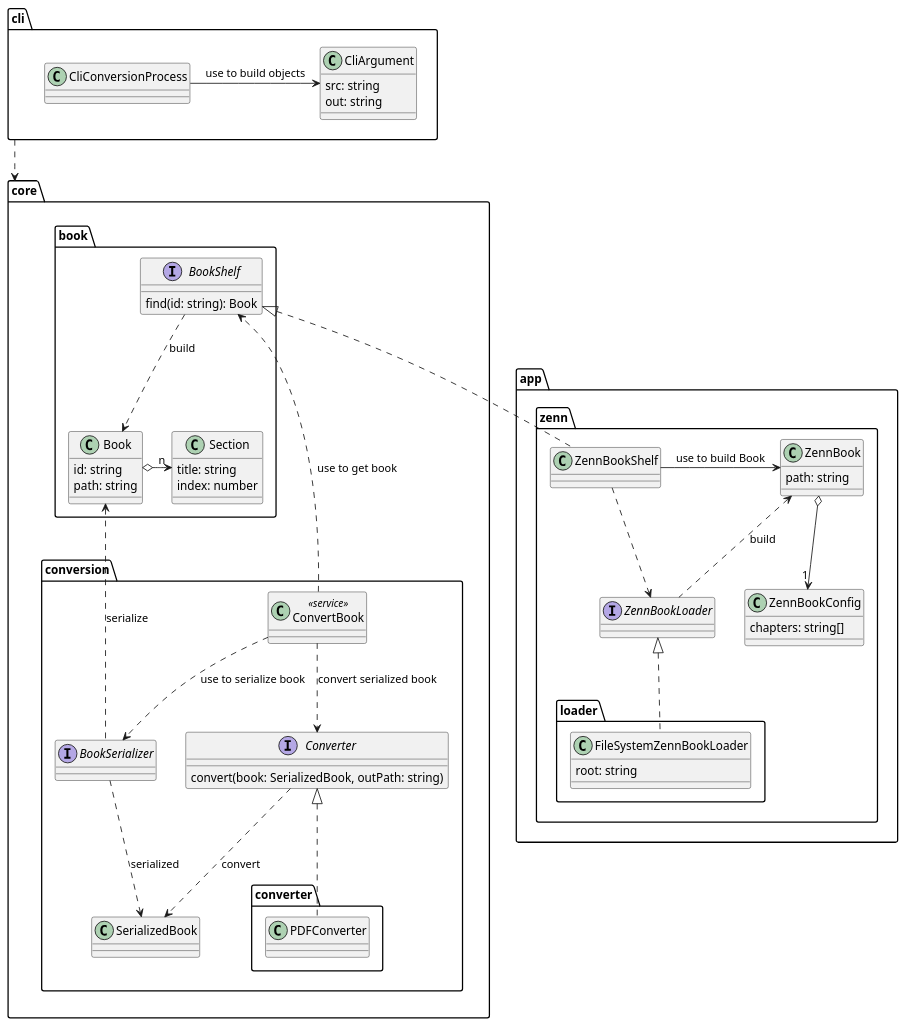
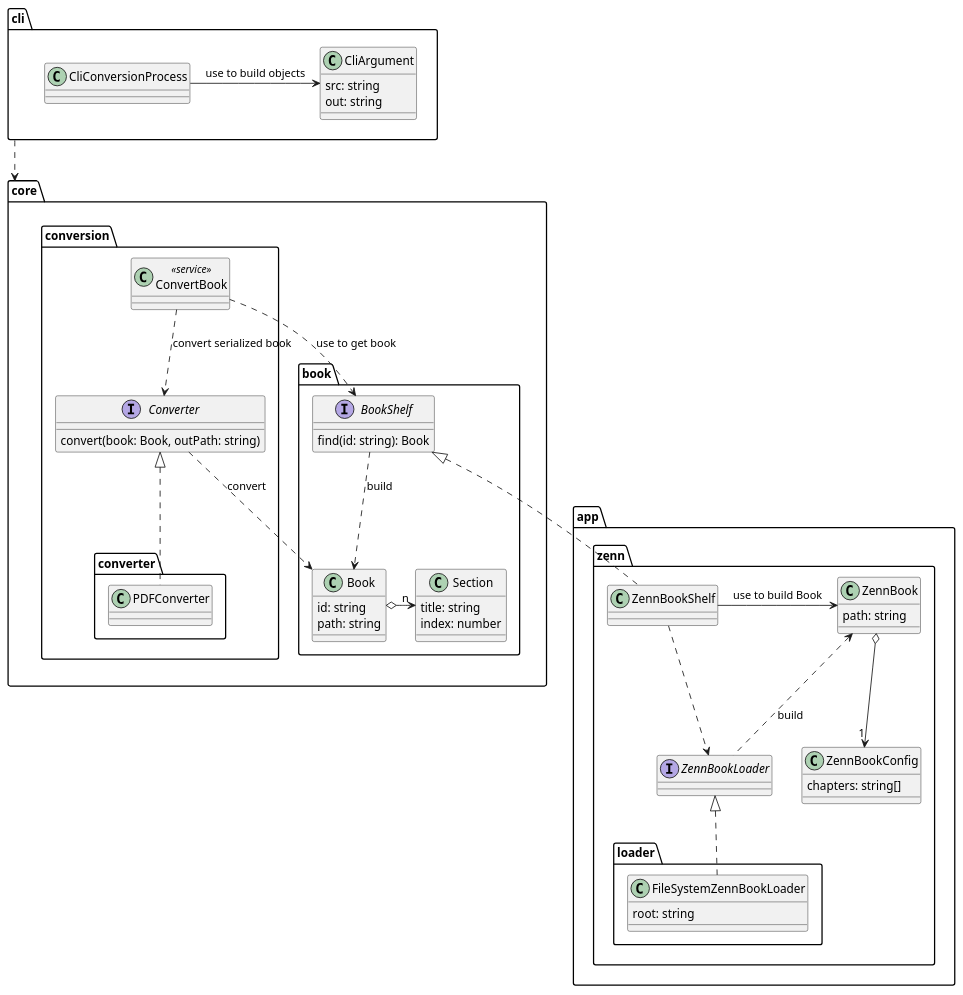
The diagram in scripts/books/book-to-pdf/docs/model.puml (tooppoo/zenn-docs), drawn with PlantUML before and after one commit. The commit also changed 4 other files, not shown here.

```diff
--- a/scripts/books/book-to-pdf/docs/model.puml
+++ b/scripts/books/book-to-pdf/docs/model.puml
@@ -1,83 +1,76 @@
 @startuml model to build pdf from markdown
 package core {
   package book {
     class Book {
       id: string
       path: string
     }
     class Section {
       title: string
       index: number
     }
 
     Book o-r-> "n" Section
 
     interface BookShelf {
       find(id: string): Book
     }
     BookShelf ..> Book : build
   }
 
   package conversion {
-    class SerializedBook
-    interface BookSerializer
-    BookSerializer .u..> Book : serialize
-    BookSerializer ..> SerializedBook : serialized
-
     interface Converter {
-      convert(book: SerializedBook, outPath: string)
+      convert(book: Book, outPath: string)
     }
-    Converter ..> SerializedBook : convert
-    Converter .l[hidden].> BookSerializer
+    Converter ..> Book : convert
 
     class ConvertBook << service >>
-    ConvertBook ..> BookSerializer : use to serialize book
     ConvertBook ..> Converter : convert serialized book
     ConvertBook ..> BookShelf : use to get book
 
     package converter {
       class PDFConverter
       PDFConverter .u.|> Converter
     }
   }
 }
 
 package app {
   package zenn {
     class ZennBookShelf
     ZennBookShelf .u.|> BookShelf
 
     class ZennBook {
       path: string
     }
     class ZennBookConfig {
       chapters: string[]
     }
     ZennBook o--> "1" ZennBookConfig
     ZennBookShelf -r-> ZennBook : use to build Book
 
     interface ZennBookLoader
     ZennBookShelf ..> ZennBookLoader
     ZennBookLoader .u.> ZennBook : build
 
     package loader {
       class FileSystemZennBookLoader {
         root: string
       }
       FileSystemZennBookLoader .u.|> ZennBookLoader
     }
   }
 }
 
 package cli {
   class CliArgument {
     src: string
     out: string
   }
 
   class CliConversionProcess
   CliConversionProcess -r-> CliArgument : use to build objects
 }
 
 cli ..> core
 @enduml
```
